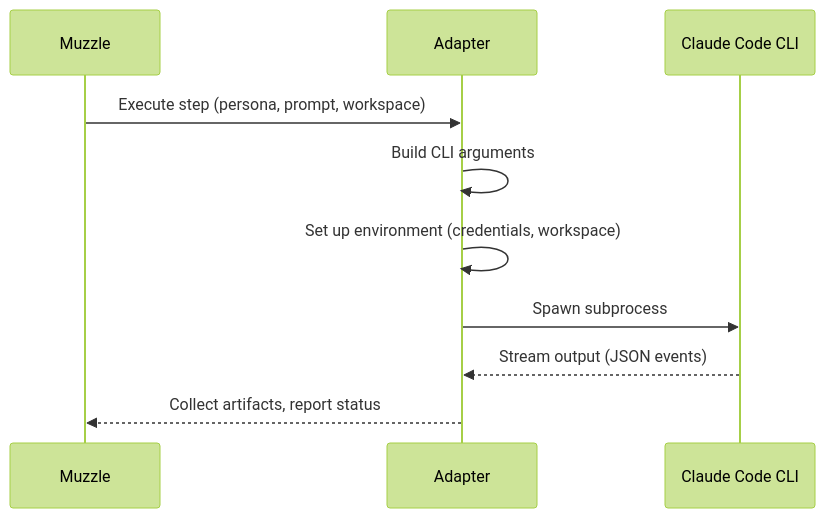
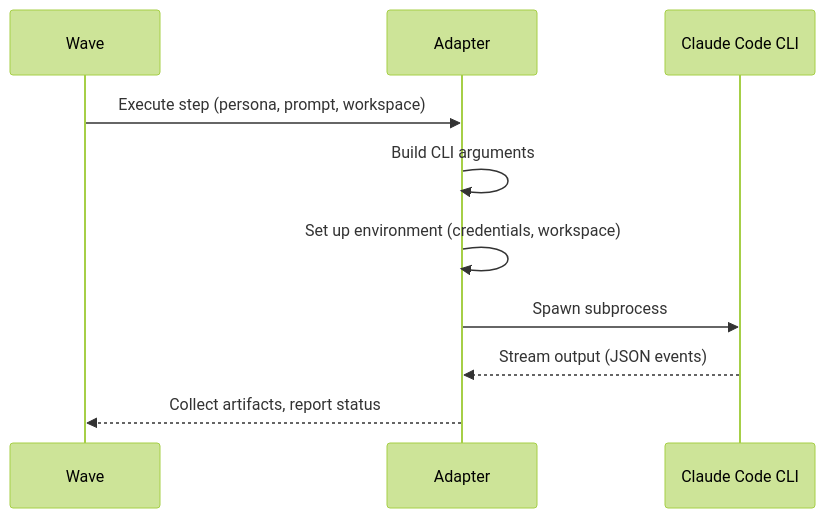
One commit to re-cinq/wave changed the diagram in docs/concepts/adapters.md. Above: the diagram before and after it, drawn with Mermaid (forest theme). The commit also changed other lines of this file and 45 other files, not shown here.

First line of the commit message:
refactor: rename muzzle to wave throughout codebase

````diff
--- a/docs/concepts/adapters.md
+++ b/docs/concepts/adapters.md
@@ -7,12 +7,12 @@
 ```mermaid
 sequenceDiagram
-    participant M as Muzzle
+    participant M as Wave
     participant A as Adapter
     participant C as Claude Code CLI
     M->>A: Execute step (persona, prompt, workspace)
     A->>A: Build CLI arguments
     A->>A: Set up environment (credentials, workspace)
     A->>C: Spawn subprocess
     C-->>A: Stream output (JSON events)
     A-->>M: Collect artifacts, report status
 ```
````
